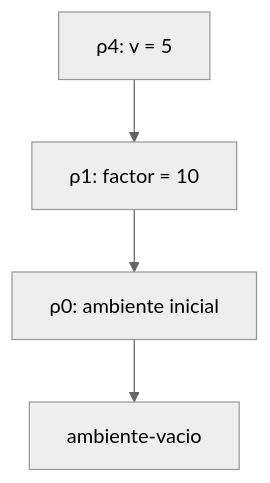
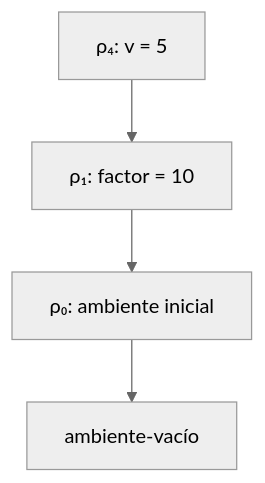
Before and after one commit to Nicolas-Cardona2/flp-2026-2-taller-02-cauca-GrupoCK: the first of 2 diagrams in docs/informe-correccion.md, drawn with Mermaid (neutral theme). The commit also changed other lines of this file, not shown here.

````diff
--- a/docs/informe-correccion.md
+++ b/docs/informe-correccion.md
@@ -420,6 +320,6 @@
 ```mermaid
-graph TD
-  A4["ρ4: v = 5"] --> A1["ρ1: factor = 10"]
-  A1 --> A0["ρ0: ambiente inicial"]
-  A0 --> V["ambiente-vacio"]
+flowchart TD
+    A["ρ₄: v = 5"] --> B["ρ₁: factor = 10"]
+    B --> C["ρ₀: ambiente inicial"]
+    C --> D["ambiente-vacío"]
 ```
````
